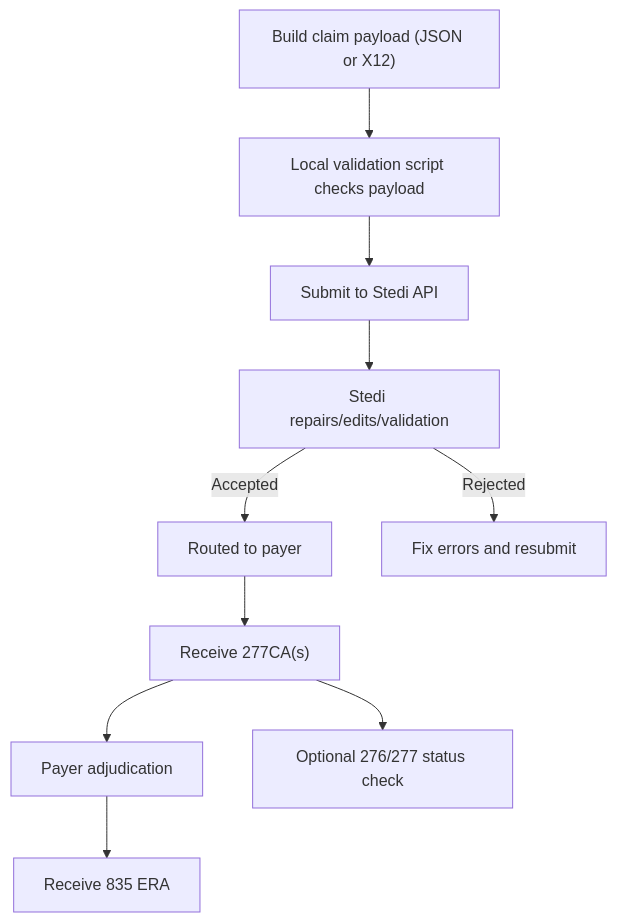
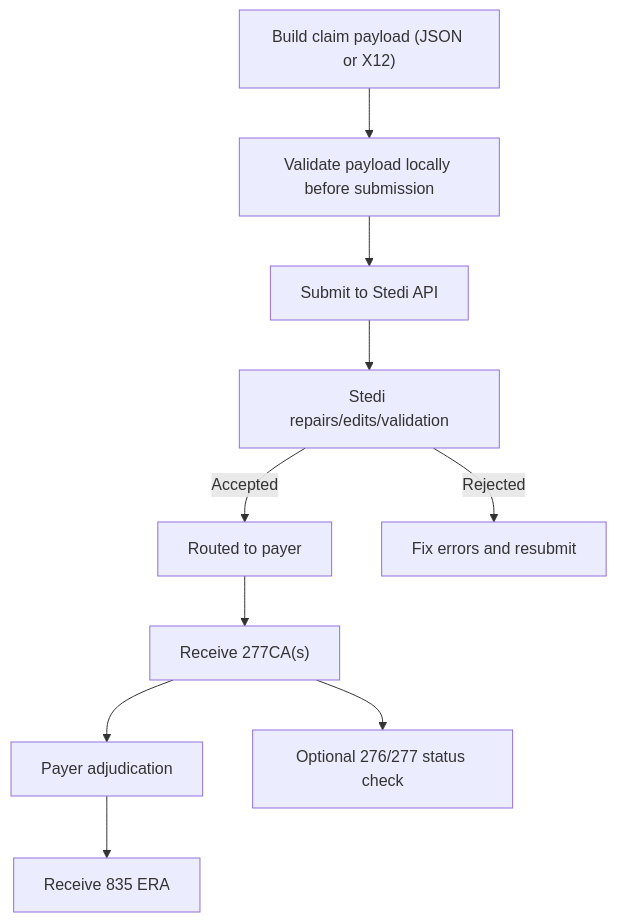
One commit to ona-health-app/ona-health-skills changed the diagram in insurance-claims/references/stedi-overview.md. Above: the diagram before and after it, drawn with Mermaid. The commit also changed other lines of this file and 8 other files, not shown here.

````diff
--- a/insurance-claims/references/stedi-overview.md
+++ b/insurance-claims/references/stedi-overview.md
@@ -38,12 +38,12 @@
 ```mermaid
 flowchart TD
-  claimBuild["Build claim payload (JSON or X12)"] --> precheck["Local validation script checks payload"]
+  claimBuild["Build claim payload (JSON or X12)"] --> precheck["Validate payload locally before submission"]
   precheck --> submit["Submit to Stedi API"]
   submit --> stediEdits["Stedi repairs/edits/validation"]
   stediEdits -->|Accepted| routeToPayer["Routed to payer"]
   stediEdits -->|Rejected| fixAndResubmit["Fix errors and resubmit"]
   routeToPayer --> ack277ca["Receive 277CA(s)"]
   ack277ca --> adjudication["Payer adjudication"]
   adjudication --> era835["Receive 835 ERA"]
   ack277ca --> statusCheck["Optional 276/277 status check"]
 ```
````
